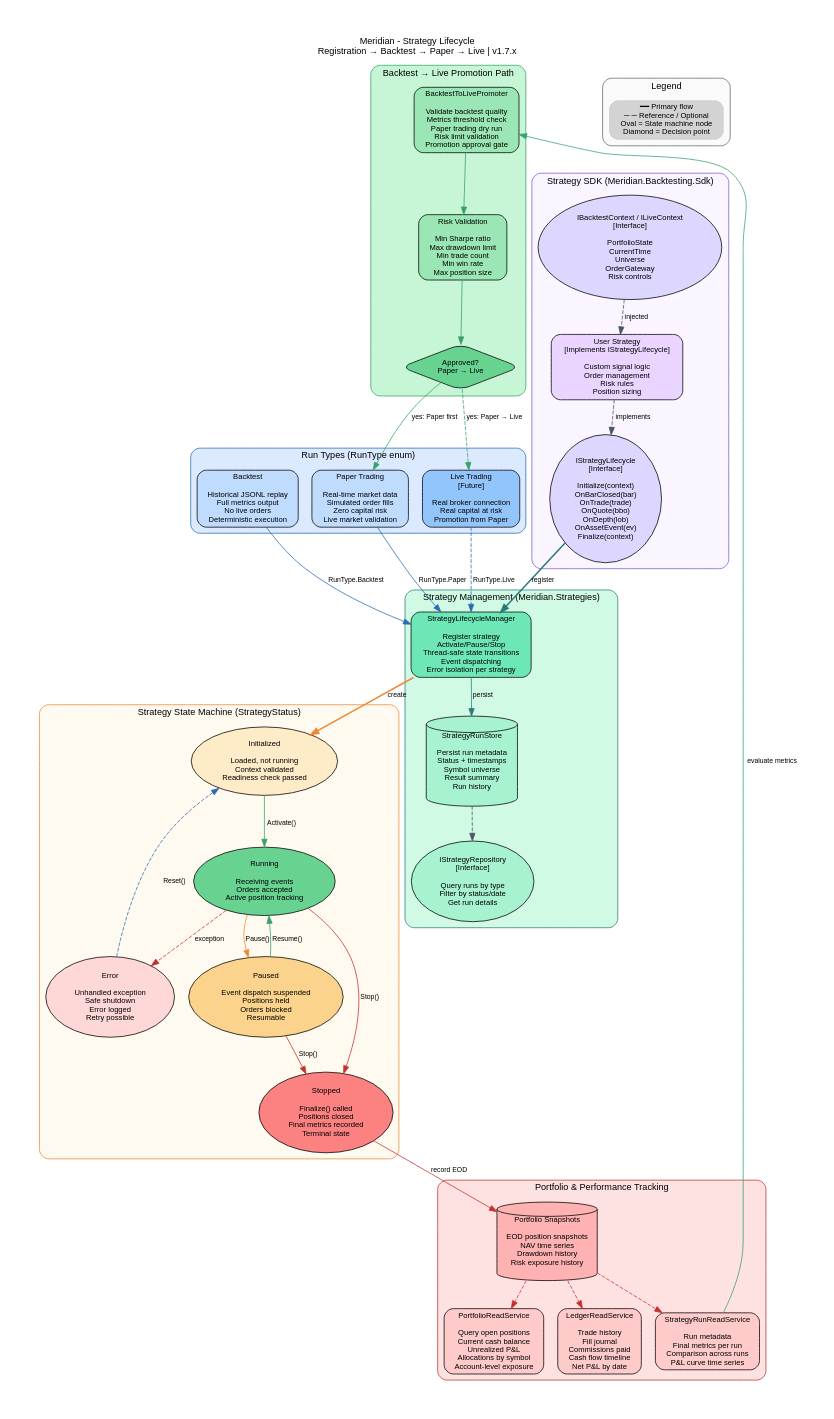
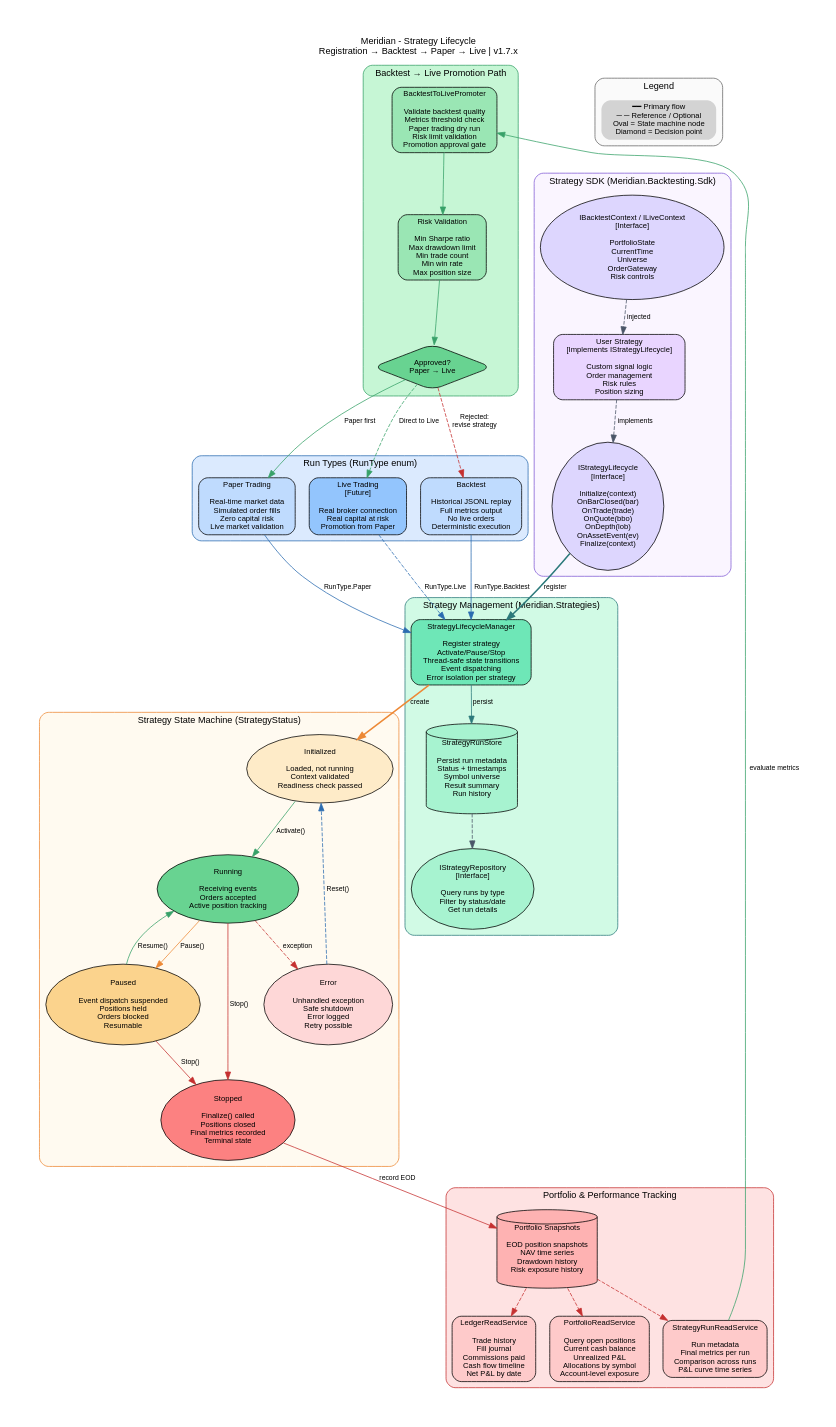
Before and after one commit to rodoHasArrived/Meridian-main: the diagram in docs/diagrams/strategy-lifecycle.dot, drawn with Graphviz. The commit also changed 3 other files, not shown here.

First line of the commit message:
fix(diagrams): address 4 review comments on architecture diagrams

```diff
--- a/docs/diagrams/strategy-lifecycle.dot
+++ b/docs/diagrams/strategy-lifecycle.dot
@@ -1,175 +1,176 @@
 // Strategy Lifecycle Diagram
 // Meridian v1.7.x
 // Last Updated: 2026-03-23
 //
 // This diagram shows the full strategy lifecycle: registration, activation,
 // state machine, portfolio tracking, and promotion from backtest to live.
 //
 // Generate: dot -Tpng strategy-lifecycle.dot -o strategy-lifecycle.png
 //           dot -Tsvg strategy-lifecycle.dot -o strategy-lifecycle.svg
 
 digraph StrategyLifecycle {
   rankdir=TB;
   graph [fontname="Helvetica", fontsize=12, bgcolor="white", compound=true, pad=0.5];
   node  [fontname="Helvetica", fontsize=10, shape=box, style="rounded,filled"];
   edge  [fontname="Helvetica", fontsize=9, color="#4a5568"];
 
   // Title
   labelloc="t";
   label="Meridian - Strategy Lifecycle\nRegistration → Backtest → Paper → Live | v1.7.x";
 
   // Strategy SDK
   subgraph cluster_sdk {
     label="Strategy SDK (Meridian.Backtesting.Sdk)";
     color="#805ad5";
     style="rounded";
     bgcolor="#faf5ff";
 
     I_LIFECYCLE [shape=ellipse, fillcolor="#ddd6fe",
                  label="IStrategyLifecycle\n[Interface]\n\nInitialize(context)\nOnBarClosed(bar)\nOnTrade(trade)\nOnQuote(bbo)\nOnDepth(lob)\nOnAssetEvent(ev)\nFinalize(context)"];
 
     I_CONTEXT [shape=ellipse, fillcolor="#ddd6fe",
                label="IBacktestContext / ILiveContext\n[Interface]\n\nPortfolioState\nCurrentTime\nUniverse\nOrderGateway\nRisk controls"];
 
     STRATEGY_IMPL [fillcolor="#e9d5ff",
                    label="User Strategy\n[Implements IStrategyLifecycle]\n\nCustom signal logic\nOrder management\nRisk rules\nPosition sizing"];
   }
 
   // Run Types
   subgraph cluster_runtypes {
     label="Run Types (RunType enum)";
     color="#2b6cb0";
     style="rounded";
     bgcolor="#dbeafe";
 
     BACKTEST [fillcolor="#bfdbfe",
               label="Backtest\n\nHistorical JSONL replay\nFull metrics output\nNo live orders\nDeterministic execution"];
 
     PAPER [fillcolor="#bfdbfe",
            label="Paper Trading\n\nReal-time market data\nSimulated order fills\nZero capital risk\nLive market validation"];
 
     LIVE [fillcolor="#93c5fd",
           label="Live Trading\n[Future]\n\nReal broker connection\nReal capital at risk\nPromotion from Paper"];
   }
 
   // Strategy Lifecycle Manager
   subgraph cluster_manager {
     label="Strategy Management (Meridian.Strategies)";
     color="#2c7a7b";
     style="rounded";
     bgcolor="#d1fae5";
 
     SLM [fillcolor="#6ee7b7",
          label="StrategyLifecycleManager\n\nRegister strategy\nActivate/Pause/Stop\nThread-safe state transitions\nEvent dispatching\nError isolation per strategy"];
 
     RUN_STORE [shape=cylinder, fillcolor="#a7f3d0",
                label="StrategyRunStore\n\nPersist run metadata\nStatus + timestamps\nSymbol universe\nResult summary\nRun history"];
 
     I_REPO [shape=ellipse, fillcolor="#a7f3d0",
             label="IStrategyRepository\n[Interface]\n\nQuery runs by type\nFilter by status/date\nGet run details"];
   }
 
   // Strategy State Machine
   subgraph cluster_states {
     label="Strategy State Machine (StrategyStatus)";
     color="#ed8936";
     style="rounded";
     bgcolor="#fffaf0";
 
     S_INIT [shape=oval, fillcolor="#feebc8",
             label="Initialized\n\nLoaded, not running\nContext validated\nReadiness check passed"];
 
     S_RUN [shape=oval, fillcolor="#68d391",
            label="Running\n\nReceiving events\nOrders accepted\nActive position tracking"];
 
     S_PAUSE [shape=oval, fillcolor="#fbd38d",
              label="Paused\n\nEvent dispatch suspended\nPositions held\nOrders blocked\nResumable"];
 
     S_STOP [shape=oval, fillcolor="#fc8181",
             label="Stopped\n\nFinalize() called\nPositions closed\nFinal metrics recorded\nTerminal state"];
 
     S_ERROR [shape=oval, fillcolor="#fed7d7",
              label="Error\n\nUnhandled exception\nSafe shutdown\nError logged\nRetry possible"];
 
     // State transitions
     S_INIT -> S_RUN [label="Activate()", color="#38a169"];
     S_RUN -> S_PAUSE [label="Pause()", color="#ed8936"];
     S_PAUSE -> S_RUN [label="Resume()", color="#38a169"];
     S_RUN -> S_STOP [label="Stop()", color="#c53030"];
     S_PAUSE -> S_STOP [label="Stop()", color="#c53030"];
     S_RUN -> S_ERROR [label="exception", color="#c53030", style=dashed];
     S_ERROR -> S_INIT [label="Reset()", color="#2b6cb0", style=dashed];
   }
 
   // Portfolio Tracking
   subgraph cluster_portfolio {
     label="Portfolio & Performance Tracking";
     color="#c53030";
     style="rounded";
     bgcolor="#fee2e2";
 
     PORT_READ [fillcolor="#fecaca",
                label="PortfolioReadService\n\nQuery open positions\nCurrent cash balance\nUnrealized P&L\nAllocations by symbol\nAccount-level exposure"];
 
     LEDGER_READ [fillcolor="#fecaca",
                  label="LedgerReadService\n\nTrade history\nFill journal\nCommissions paid\nCash flow timeline\nNet P&L by date"];
 
     RUN_READ [fillcolor="#fecaca",
               label="StrategyRunReadService\n\nRun metadata\nFinal metrics per run\nComparison across runs\nP&L curve time series"];
 
     PORT_SNAP [shape=cylinder, fillcolor="#feb2b2",
                label="Portfolio Snapshots\n\nEOD position snapshots\nNAV time series\nDrawdown history\nRisk exposure history"];
   }
 
   // Promotion Path
   subgraph cluster_promote {
     label="Backtest → Live Promotion Path";
     color="#38a169";
     style="rounded";
     bgcolor="#c6f6d5";
 
     PROMOTE [fillcolor="#9ae6b4",
              label="BacktestToLivePromoter\n\nValidate backtest quality\nMetrics threshold check\nPaper trading dry run\nRisk limit validation\nPromotion approval gate"];
 
     RISK_CHECK [fillcolor="#9ae6b4",
                 label="Risk Validation\n\nMin Sharpe ratio\nMax drawdown limit\nMin trade count\nMin win rate\nMax position size"];
 
     PROMOTION_GATE [shape=diamond, fillcolor="#68d391",
                     label="Approved?\nPaper → Live"];
   }
 
   // Data Flow
   STRATEGY_IMPL -> I_LIFECYCLE [style=dashed, label="implements"];
   I_LIFECYCLE -> SLM [color="#2c7a7b", penwidth=2, label="register"];
   I_CONTEXT -> STRATEGY_IMPL [style=dashed, label="injected"];
 
   BACKTEST -> SLM [color="#2b6cb0", label="RunType.Backtest"];
   PAPER -> SLM [color="#2b6cb0", label="RunType.Paper"];
   LIVE -> SLM [color="#2b6cb0", style=dashed, label="RunType.Live"];
 
   SLM -> S_INIT [color="#ed8936", penwidth=2, label="create"];
   SLM -> RUN_STORE [color="#2c7a7b", label="persist"];
   RUN_STORE -> I_REPO [style=dashed];
 
   S_STOP -> PORT_SNAP [color="#c53030", label="record EOD"];
   PORT_SNAP -> PORT_READ [color="#c53030", style=dashed];
   PORT_SNAP -> LEDGER_READ [color="#c53030", style=dashed];
   PORT_SNAP -> RUN_READ [color="#c53030", style=dashed];
 
   RUN_READ -> PROMOTE [color="#38a169", label="evaluate metrics"];
   PROMOTE -> RISK_CHECK [color="#38a169"];
   RISK_CHECK -> PROMOTION_GATE [color="#38a169"];
-  PROMOTION_GATE -> PAPER [color="#38a169", label="yes: Paper first"];
-  PROMOTION_GATE -> LIVE [color="#38a169", style=dashed, label="yes: Paper → Live"];
+  PROMOTION_GATE -> PAPER [color="#38a169", label="Paper first"];
+  PROMOTION_GATE -> LIVE [color="#38a169", style=dashed, label="Direct to Live"];
+  PROMOTION_GATE -> BACKTEST [color="#c53030", style=dashed, label="Rejected:\nrevise strategy"];
 
   // Legend
   subgraph cluster_legend {
     label="Legend";
     style="rounded";
     color="#666666";
     bgcolor="#fafafa";
 
     LEG [shape=plaintext,
          label="━━ Primary flow\n─ ─ Reference / Optional\nOval = State machine node\nDiamond = Decision point"];
   }
 }
```
